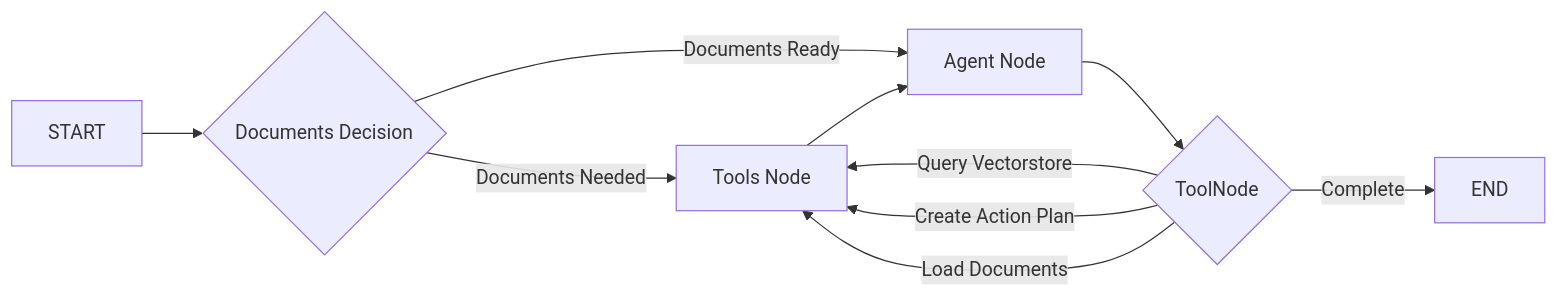
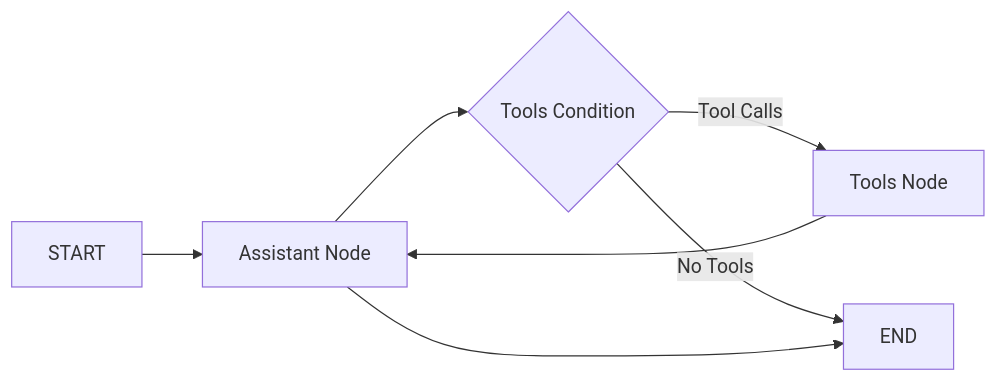
Before and after one commit to kimnewzealand/langgraph-tutorial: the diagram in README.md, drawn with Mermaid. The commit also changed other lines of this file and 11 other files, not shown here.

````diff
--- a/README.md
+++ b/README.md
@@ -36,12 +33,9 @@
 ```mermaid
 graph LR
-    A[START] --> B{Documents Decision}
-    B -->|Documents Needed| C[Tools Node]
-    B -->|Documents Ready| D[Agent Node]
-    C --> D
-    D --> E{ToolNode}
-    E -->|Query Vectorstore| C
-    E -->|Create Action Plan| C
-    E -->|Load Documents| C
-    E -->|Complete| F[END]
+    A[START] --> B[Assistant Node]
+    B --> C{Tools Condition}
+    C -->|Tool Calls| D[Tools Node]
+    C -->|No Tools| E[END]
+    D --> B
+    B --> E
 ```
````
